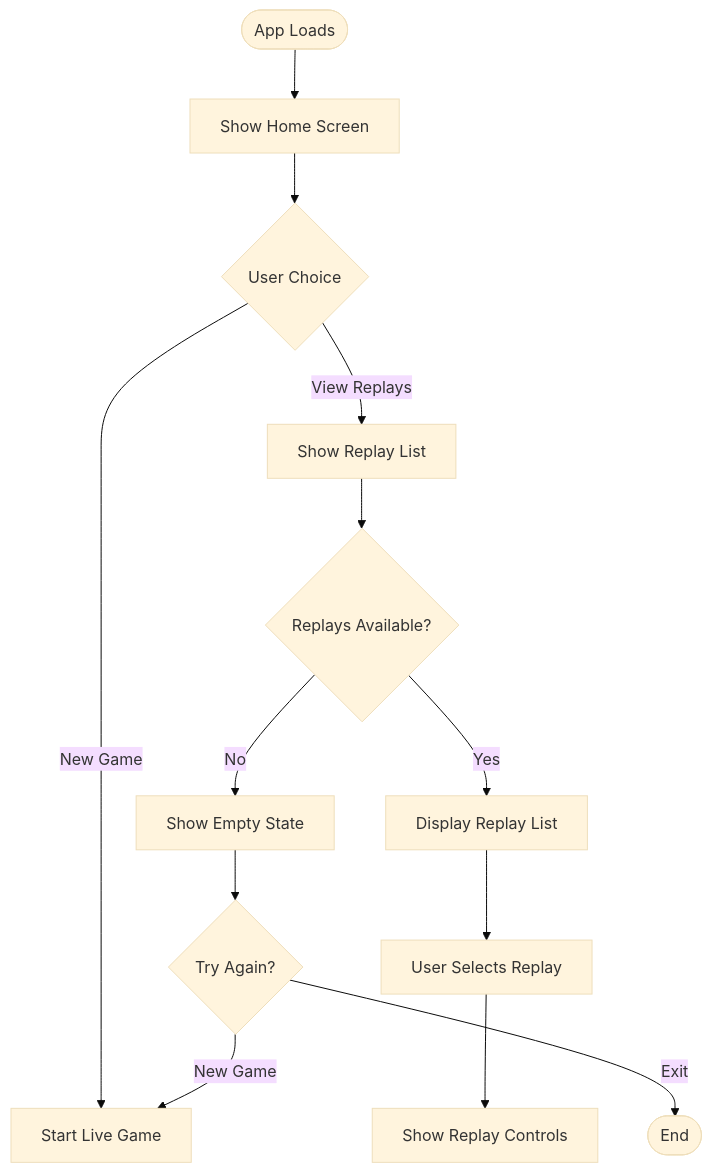
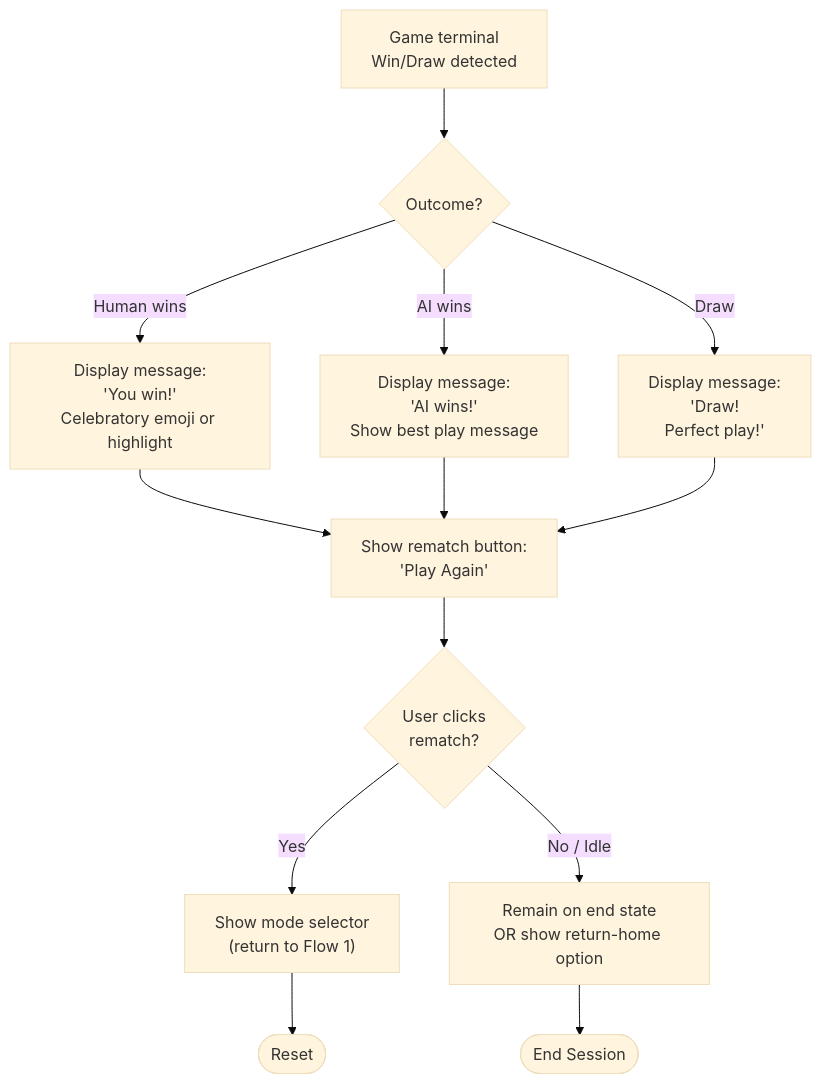
The fourth of 5 diagrams in ux_final.md (umais-developer/SDLC), drawn with Mermaid (base theme) before and after one commit. The commit also changed other lines of this file and 15 other files, not shown here.

First line of the commit message:
feat: Implement Tic-Tac-Toe with AI - Story 1.1 Mode Selection Screen

````diff
--- a/ux_final.md
+++ b/ux_final.md
@@ -43,15 +135,15 @@
 ```mermaid
 flowchart TD
-    A([App Loads]) --> B[Show Home Screen]
-    B --> C{User Choice}
-    C -->|New Game| D[Start Live Game]
-    C -->|View Replays| E[Show Replay List]
-    E --> F{Replays Available?}
-    F -->|Yes| G[Display Replay List]
-    F -->|No| H[Show Empty State]
-    H --> I{Try Again?}
-    I -->|New Game| D
-    I -->|Exit| J([End])
-    G --> K[User Selects Replay]
-    K --> L[Show Replay Controls]
+    A["Game terminal<br/>Win/Draw detected"] --> B{"Outcome?"}
+    B -- "Human wins" --> C["Display message:<br/>'You win!'<br/>Celebratory emoji or highlight"]
+    B -- "AI wins" --> D["Display message:<br/>'AI wins!'<br/>Show best play message"]
+    B -- "Draw" --> E["Display message:<br/>'Draw!<br/>Perfect play!'"]
+    C --> F["Show rematch button:<br/>'Play Again'"]
+    D --> F
+    E --> F
+    F --> G{"User clicks<br/>rematch?"}
+    G -- "Yes" --> H["Show mode selector<br/>(return to Flow 1)"]
+    G -- "No / Idle" --> I["Remain on end state<br/>OR show return-home option"]
+    H --> J([Reset])
+    I --> K([End Session])
 ```
````
